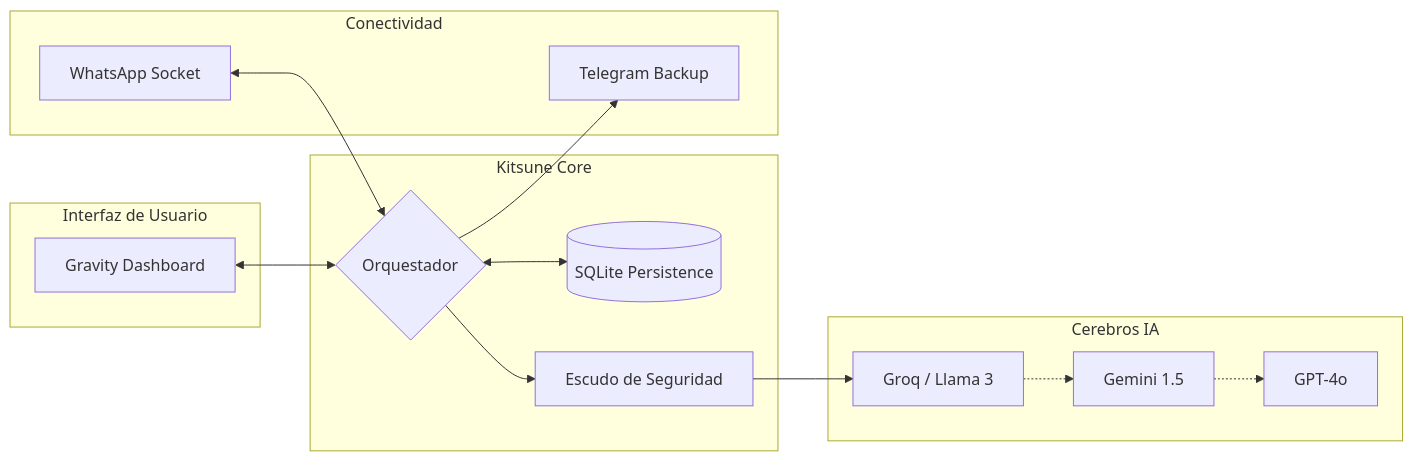
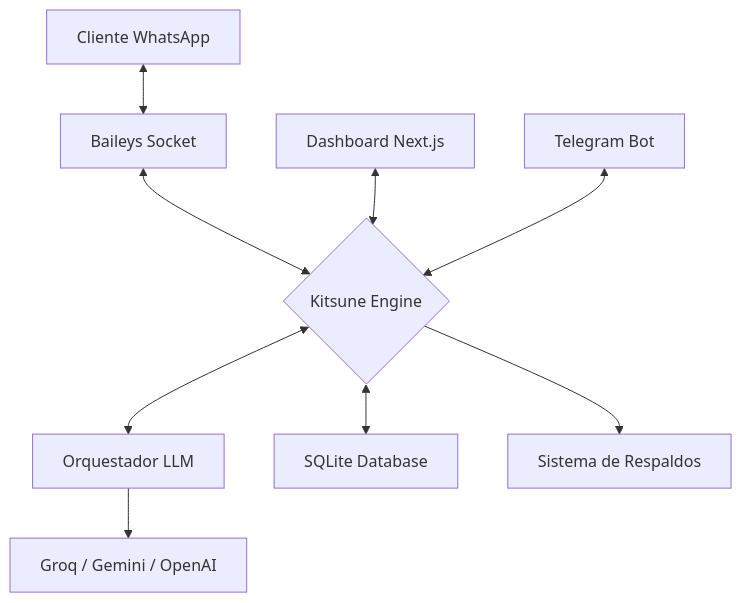
One commit to LedezmaSune/gravitybot8 changed the diagram in README.md. Above: the diagram before and after it, drawn with Mermaid. The commit also changed other lines of this file, not shown here.

````diff
--- a/README.md
+++ b/README.md
@@ -25,32 +29,11 @@
 ```mermaid
-graph LR
-    subgraph "Interfaz de Usuario"
-        UI[Gravity Dashboard]
-    end
-
-    subgraph "Kitsune Core"
-        Motor{Orquestador}
-        DB[(SQLite Persistence)]
-        Sec[Escudo de Seguridad]
-    end
-
-    subgraph "Conectividad"
-        WA[WhatsApp Socket]
-        TG[Telegram Backup]
-    end
-
-    subgraph "Cerebros IA"
-        IA1[Groq / Llama 3]
-        IA2[Gemini 1.5]
-        IA3[GPT-4o]
-    end
-
-    UI <--> Motor
-    WA <--> Motor
-    Motor <--> DB
-    Motor --> Sec
-    Sec --> IA1
-    IA1 -.-> IA2
-    IA2 -.-> IA3
-    Motor --> TG
+graph TD
+    A[Cliente WhatsApp] <--> B[Baileys Socket]
+    B <--> C{Kitsune Engine}
+    C <--> D[Orquestador LLM]
+    D --> E[Groq / Gemini / OpenAI]
+    C <--> F[SQLite Database]
+    G[Dashboard Next.js] <--> C
+    H[Telegram Bot] <--> C
+    C --> I[Sistema de Respaldos]
 ```
````
